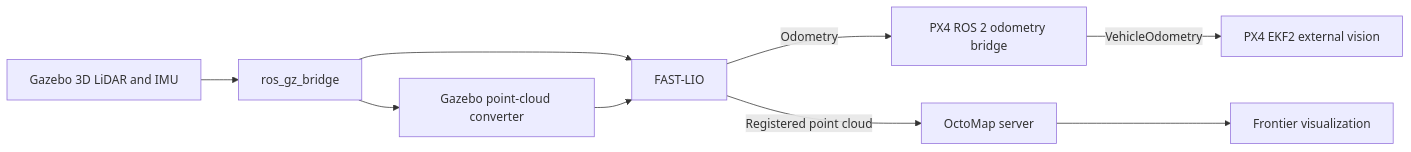
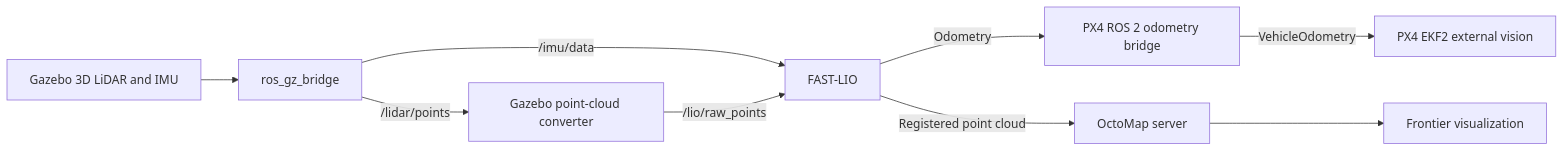
One commit to rlaglo/px4-fastlio-mapping changed the diagram in docs/architecture.md. Above: the diagram before and after it, drawn with Mermaid. The commit also changed other lines of this file and 8 other files, not shown here.

````diff
--- a/docs/architecture.md
+++ b/docs/architecture.md
@@ -5,11 +5,11 @@
 ```mermaid
 flowchart LR
     GZ[Gazebo 3D LiDAR and IMU] --> RGB[ros_gz_bridge]
-    RGB --> CONV[Gazebo point-cloud converter]
-    RGB --> LIO[FAST-LIO]
-    CONV --> LIO
+    RGB -->|/lidar/points| CONV[Gazebo point-cloud converter]
+    RGB -->|/imu/data| LIO[FAST-LIO]
+    CONV -->|/lio/raw_points| LIO
     LIO -->|Odometry| PXB[PX4 ROS 2 odometry bridge]
     PXB -->|VehicleOdometry| PX4[PX4 EKF2 external vision]
     LIO -->|Registered point cloud| OCTO[OctoMap server]
     OCTO --> FRONTIER[Frontier visualization]
 ```
````
